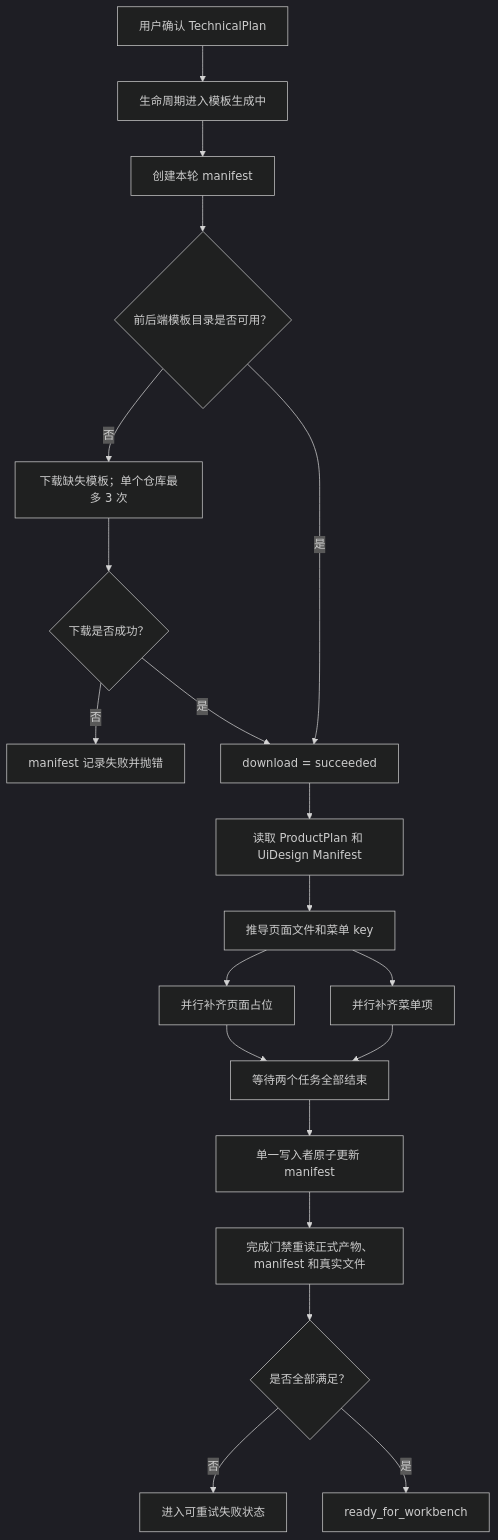
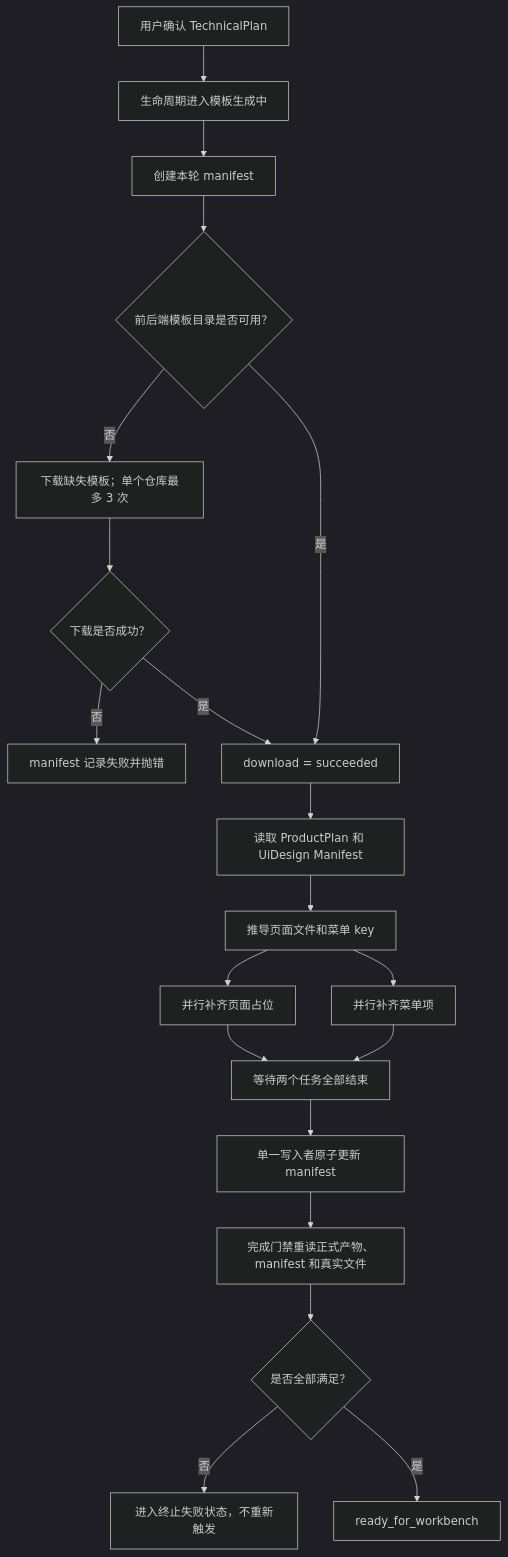
The first of 2 diagrams in docs/APPLICATION_TEMPLATE_GENERATION_STATUS_AND_PLAN.md (YYYWYF/XCodeAgent), drawn with Mermaid (dark theme) before and after one commit. The commit also changed other lines of this file and 67 other files, not shown here.

```diff
--- a/docs/APPLICATION_TEMPLATE_GENERATION_STATUS_AND_PLAN.md
+++ b/docs/APPLICATION_TEMPLATE_GENERATION_STATUS_AND_PLAN.md
@@ -213,22 +206,22 @@
 ~~~mermaid
 flowchart TD
     A["用户确认 TechnicalPlan"] --> B["生命周期进入模板生成中"]
     B --> C["创建本轮 manifest"]
     C --> D{"前后端模板目录是否可用？"}
     D -->|否| E["下载缺失模板；单个仓库最多 3 次"]
     E --> F{"下载是否成功？"}
     F -->|否| G["manifest 记录失败并抛错"]
     D -->|是| H["download = succeeded"]
     F -->|是| H
     H --> I["读取 ProductPlan 和 UiDesign Manifest"]
     I --> J["推导页面文件和菜单 key"]
     J --> K["并行补齐页面占位"]
     J --> L["并行补齐菜单项"]
     K --> M["等待两个任务全部结束"]
     L --> M
     M --> N["单一写入者原子更新 manifest"]
     N --> O["完成门禁重读正式产物、manifest 和真实文件"]
     O --> P{"是否全部满足？"}
-    P -->|否| Q["进入可重试失败状态"]
+    P -->|否| Q["进入终止失败状态，不重新触发"]
     P -->|是| R["ready_for_workbench"]
 ~~~
```
